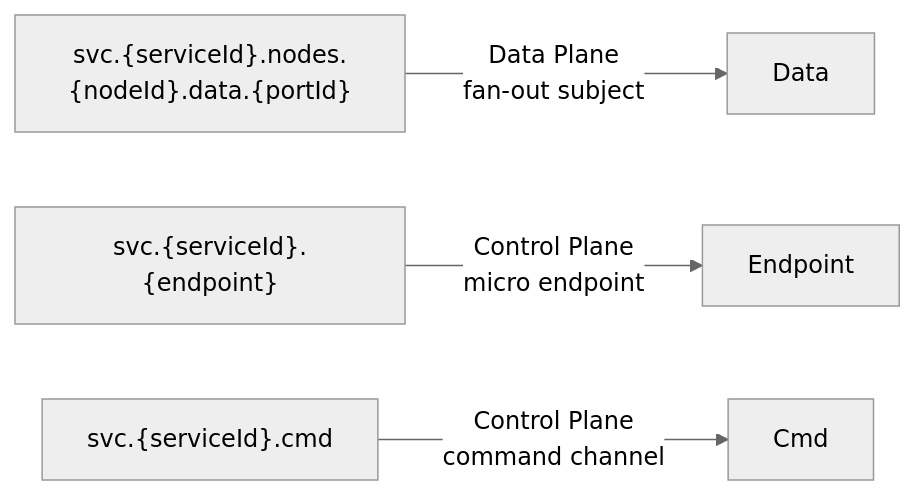
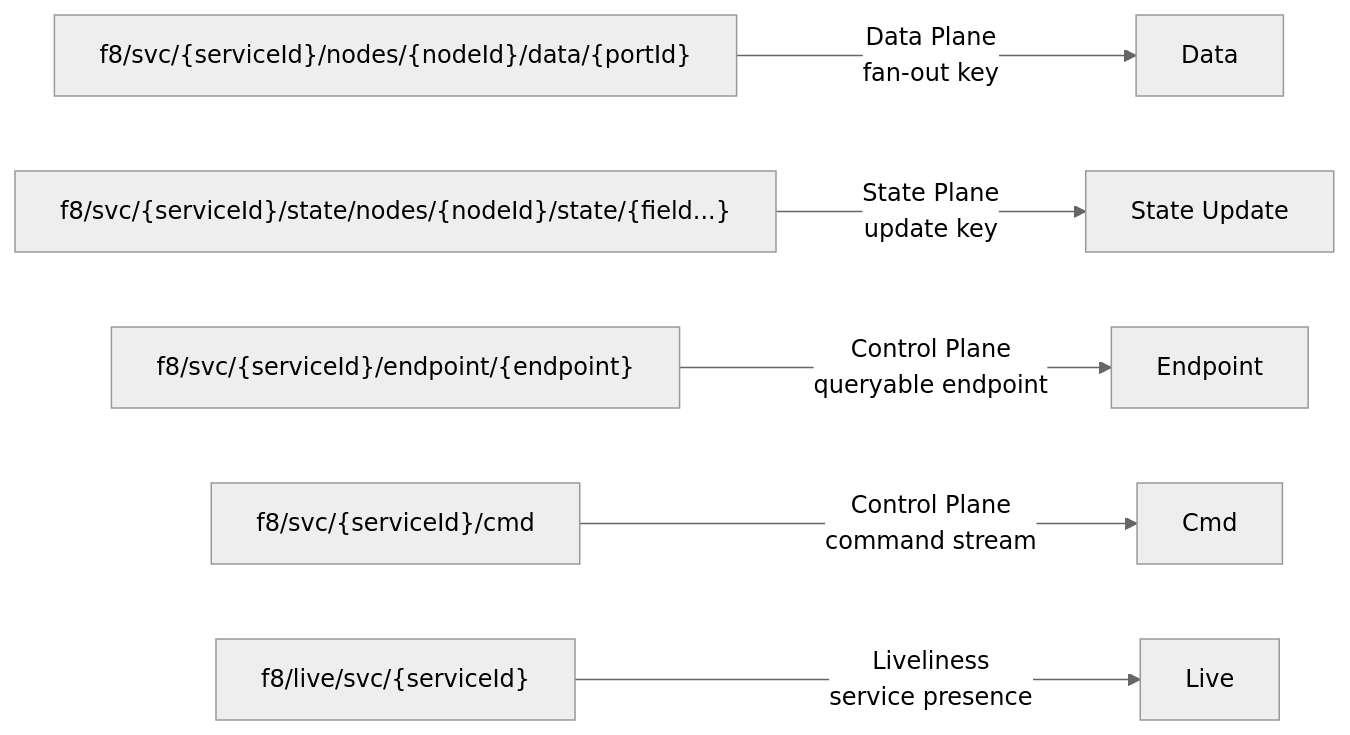
Before and after one commit to FrogThe2nd/f8studio: the second of 7 diagrams in docs/deepdives/comm_bus.md, drawn with Mermaid (neutral theme). The commit also changed other lines of this file and 11 other files, not shown here.

````diff
--- a/docs/deepdives/comm_bus.md
+++ b/docs/deepdives/comm_bus.md
@@ -107,6 +109,8 @@
 ``` mermaid
 flowchart LR
-  S1["svc.{serviceId}.nodes.{nodeId}.data.{portId}"] -->|"Data Plane<br/>fan-out subject"| D[Data]
-  S2["svc.{serviceId}.{endpoint}"] -->|"Control Plane<br/>micro endpoint"| E[Endpoint]
-  S3["svc.{serviceId}.cmd"] -->|"Control Plane<br/>command channel"| C[Cmd]
+  S1["f8/svc/{serviceId}/nodes/{nodeId}/data/{portId}"] -->|"Data Plane<br/>fan-out key"| D[Data]
+  S2["f8/svc/{serviceId}/state/nodes/{nodeId}/state/{field...}"] -->|"State Plane<br/>update key"| S[State Update]
+  S3["f8/svc/{serviceId}/endpoint/{endpoint}"] -->|"Control Plane<br/>queryable endpoint"| E[Endpoint]
+  S4["f8/svc/{serviceId}/cmd"] -->|"Control Plane<br/>command stream"| C[Cmd]
+  S5["f8/live/svc/{serviceId}"] -->|"Liveliness<br/>service presence"| L[Live]
 ```
````
